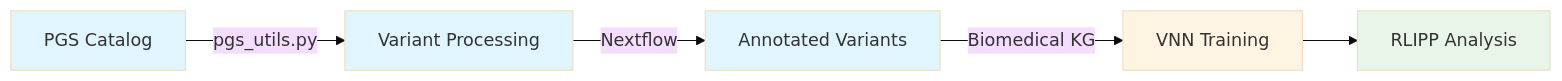
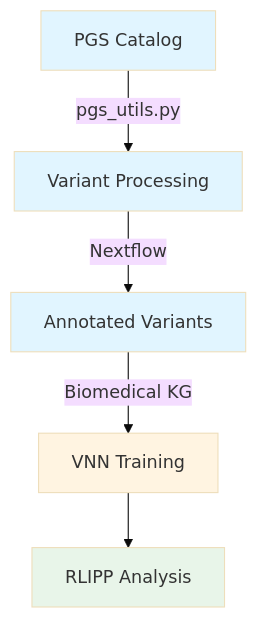
Before and after one commit to AIxBHub/XPGS: the diagram in README.md, drawn with Mermaid (base theme). The commit also changed other lines of this file, not shown here.

````diff
--- a/README.md
+++ b/README.md
@@ -7,13 +7,13 @@
 ```mermaid
-flowchart LR
+flowchart TB
     A[PGS Catalog] -->|pgs_utils.py| B[Variant Processing]
     B -->|Nextflow| C[Annotated Variants]
     C -->|Biomedical KG| D[VNN Training]
     D --> E[RLIPP Analysis]
 
     style A fill:#e1f5ff
     style B fill:#e1f5ff
     style C fill:#e1f5ff
     style D fill:#fff4e1
     style E fill:#e8f5e9
 ```
````
